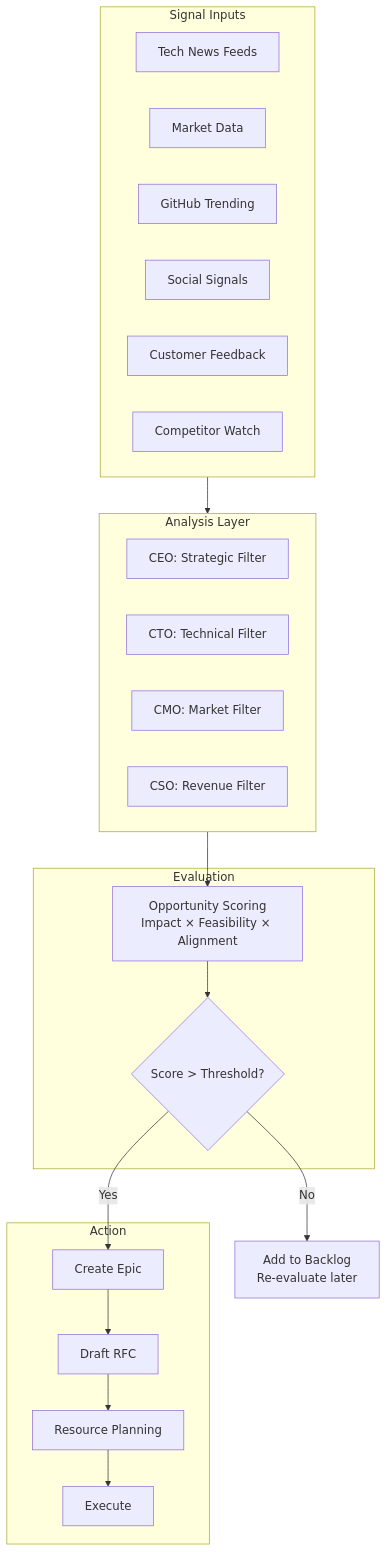
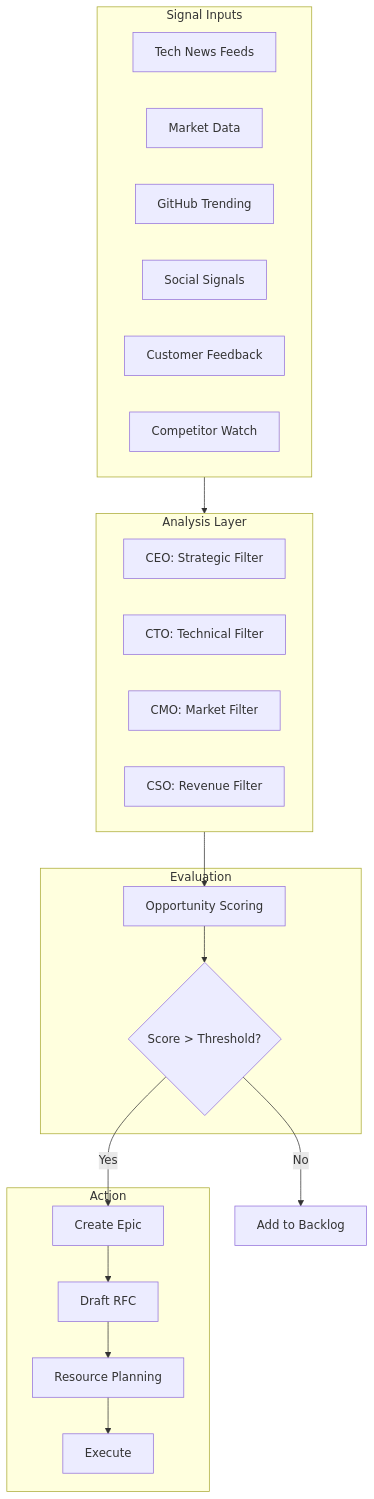
One commit to subzone/my-it-crew changed the sixth of 11 diagrams in plan.md. Above: the diagram before and after it, drawn with Mermaid. The commit also changed other lines of this file, not shown here.

Commit message:
fix: resolve Mermaid parse errors — use quoted labels instead of angle brackets and parentheses

````diff
--- a/plan.md
+++ b/plan.md
@@ -292,36 +292,36 @@
 ```mermaid
 flowchart TB
     subgraph Inputs["Signal Inputs"]
-        NEWS[Tech News Feeds]
-        MARKET[Market Data]
-        GITHUB_TRENDS[GitHub Trending]
-        SOCIAL[Social Signals]
-        CUSTOMER[Customer Feedback]
-        COMPETITORS[Competitor Watch]
+        NEWS["Tech News Feeds"]
+        MARKET["Market Data"]
+        GITHUB_TRENDS["GitHub Trending"]
+        SOCIAL["Social Signals"]
+        CUSTOMER["Customer Feedback"]
+        COMPETITORS["Competitor Watch"]
     end
     
     subgraph Analysis["Analysis Layer"]
-        CEO_SCAN[CEO: Strategic Filter]
-        CTO_SCAN[CTO: Technical Filter]
-        CMO_SCAN[CMO: Market Filter]
-        CSO_SCAN[CSO: Revenue Filter]
+        CEO_SCAN["CEO: Strategic Filter"]
+        CTO_SCAN["CTO: Technical Filter"]
+        CMO_SCAN["CMO: Market Filter"]
+        CSO_SCAN["CSO: Revenue Filter"]
     end
     
     subgraph Evaluation["Evaluation"]
-        SCORE[Opportunity Scoring<br/>Impact × Feasibility × Alignment]
-        DECIDE{Score > Threshold?}
+        SCORE["Opportunity Scoring"]
+        DECIDE{"Score > Threshold?"}
     end
     
     subgraph Action["Action"]
-        EPIC[Create Epic]
-        RFC[Draft RFC]
-        PLAN[Resource Planning]
-        EXEC[Execute]
+        EPIC["Create Epic"]
+        RFC["Draft RFC"]
+        PLAN["Resource Planning"]
+        EXEC["Execute"]
     end
     
     Inputs --> Analysis
     Analysis --> SCORE
     SCORE --> DECIDE
     DECIDE -->|Yes| EPIC --> RFC --> PLAN --> EXEC
-    DECIDE -->|No| BACKLOG[Add to Backlog<br/>Re-evaluate later]
+    DECIDE -->|No| BACKLOG["Add to Backlog"]
 ```
````
